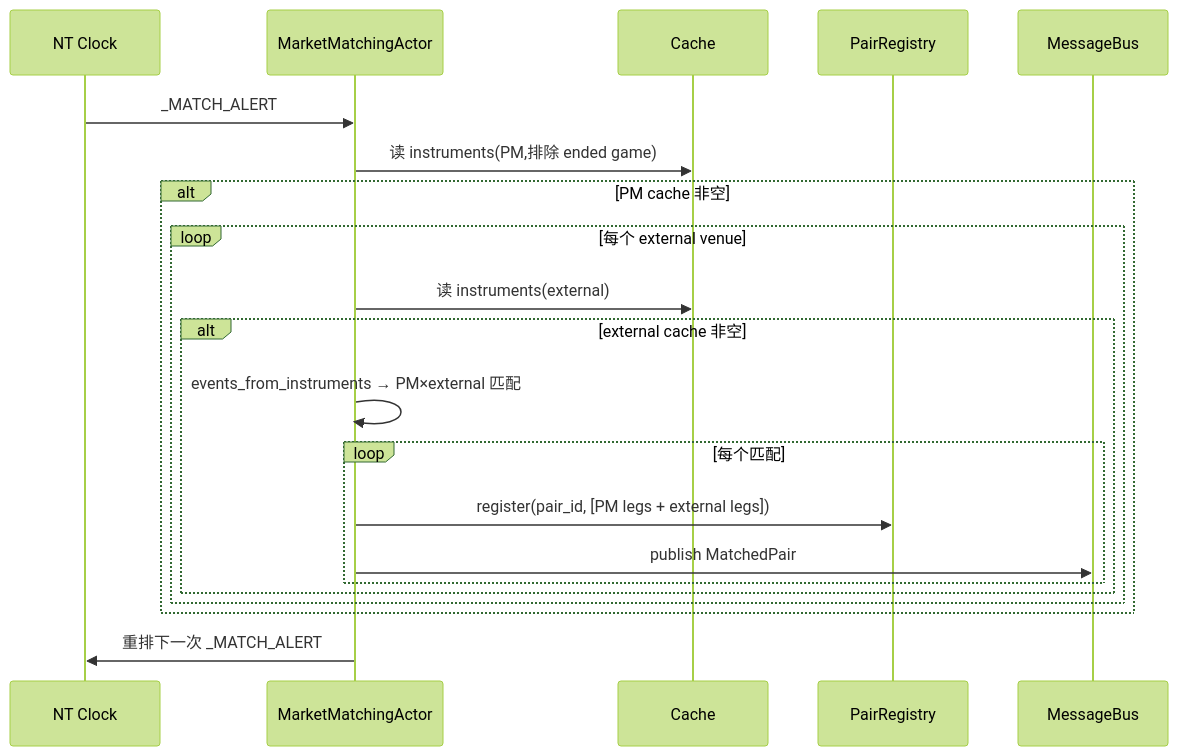
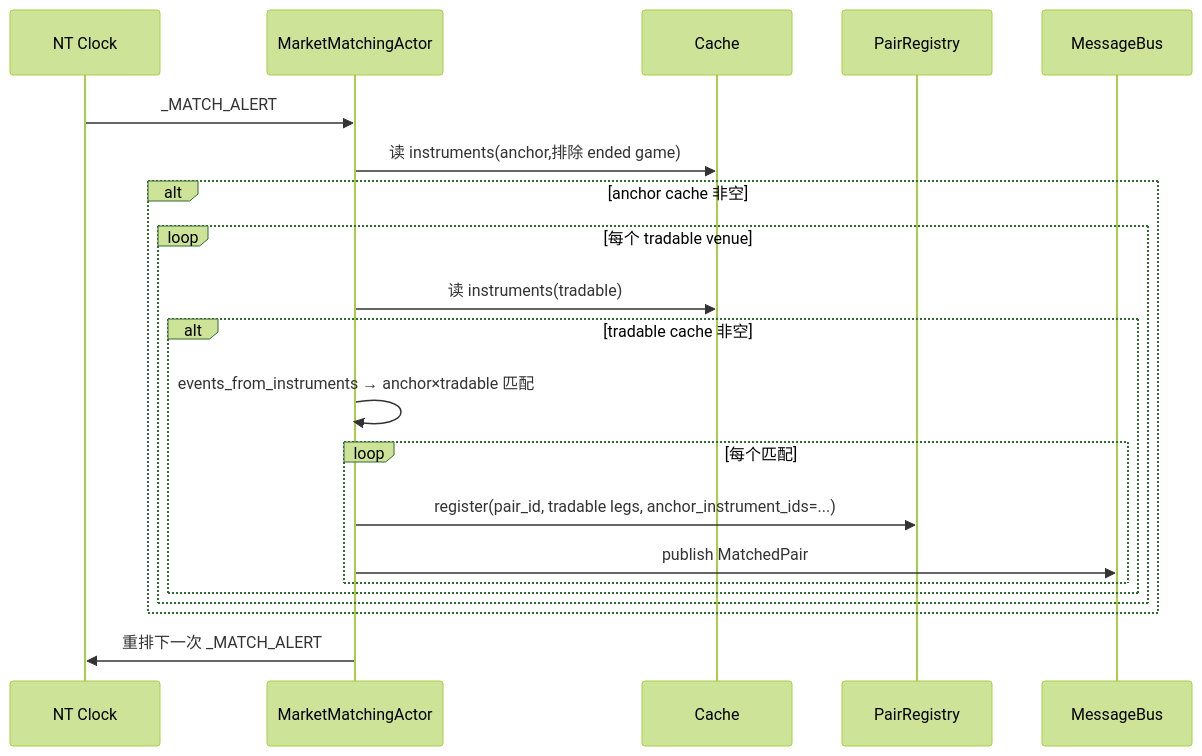
Before and after one commit to psnewer/nautilus_trader: the second of 2 diagrams in docs/arbitrage/architectures/matching/architecture.md, drawn with Mermaid (forest theme). The commit also changed other lines of this file and 105 other files, not shown here.

````diff
--- a/docs/arbitrage/architectures/matching/architecture.md
+++ b/docs/arbitrage/architectures/matching/architecture.md
@@ -188,24 +228,24 @@
 ```mermaid
 sequenceDiagram
   participant CLK as NT Clock
   participant MA as MarketMatchingActor
   participant CA as Cache
   participant PR as PairRegistry
   participant MB as MessageBus
 
   CLK->>MA: _MATCH_ALERT
-  MA->>CA: 读 instruments(PM,排除 ended game)
-  alt PM cache 非空
-    loop 每个 external venue
-      MA->>CA: 读 instruments(external)
-      alt external cache 非空
-        MA->>MA: events_from_instruments → PM×external 匹配
+  MA->>CA: 读 instruments(anchor,排除 ended game)
+  alt anchor cache 非空
+    loop 每个 tradable venue
+      MA->>CA: 读 instruments(tradable)
+      alt tradable cache 非空
+        MA->>MA: events_from_instruments → anchor×tradable 匹配
         loop 每个匹配
-          MA->>PR: register(pair_id, [PM legs + external legs])
+          MA->>PR: register(pair_id, tradable legs, anchor_instrument_ids=...)
           MA->>MB: publish MatchedPair
         end
       end
     end
   end
   MA->>CLK: 重排下一次 _MATCH_ALERT
 ```
````
